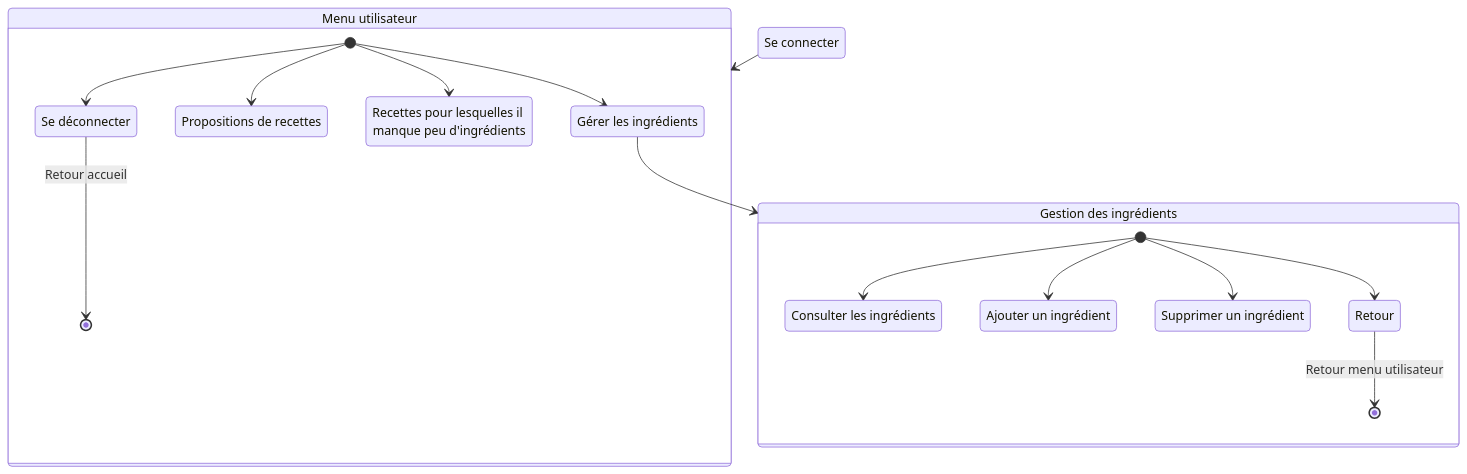
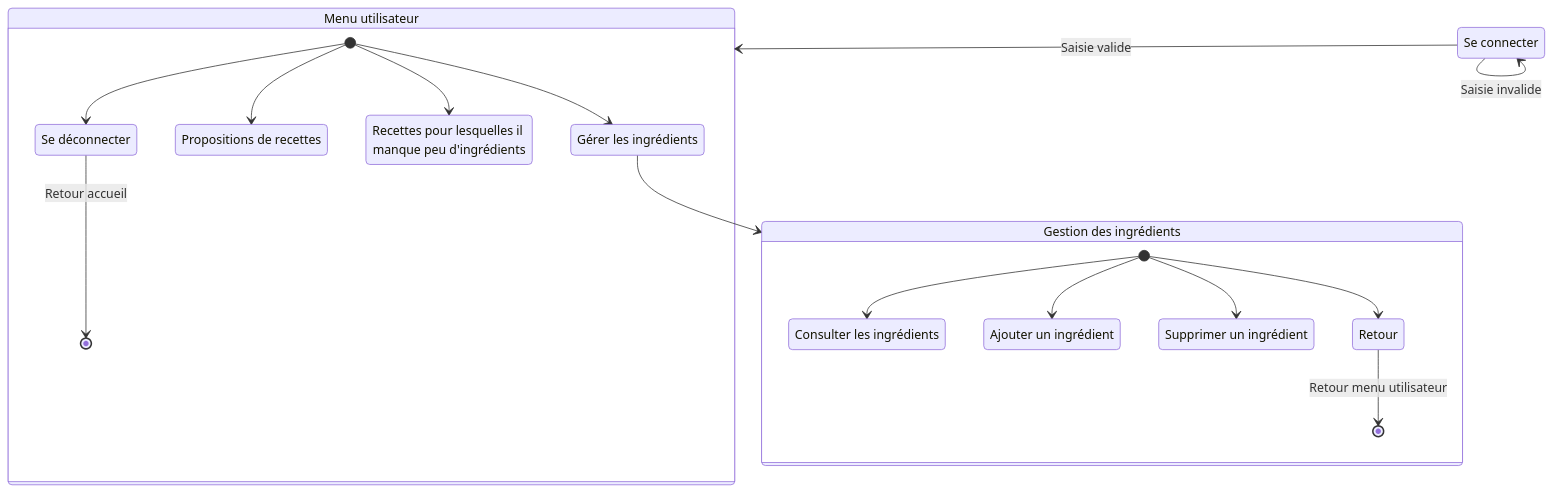
Before and after one commit to bbrunel/ENSAI-2A-projet-info: the second of 2 diagrams in doc/diag_activites.md, drawn with Mermaid.

Commit message:
saisie valide invalide 2e diag act

````diff
--- a/doc/diag_activites.md
+++ b/doc/diag_activites.md
@@ -79,34 +79,35 @@
 ```mermaid
 stateDiagram
     login : Se connecter
     menu_utilisateur : Menu utilisateur
     menu_ingr : Gestion des ingrédients
     gerer_ingr : Gérer les ingrédients
     Consulter_les_ingrédients : Consulter les ingrédients
     Ajouter_un_ingrédient : Ajouter un ingrédient
     Supprimer_un_ingrédient : Supprimer un ingrédient
     recettes : Propositions de recettes
     rec_ingr_manquant : Recettes pour lesquelles il manque peu d'ingrédients
     logout : Se déconnecter
     
-    login --> menu_utilisateur
+    login --> menu_utilisateur: Saisie valide
+    login --> login: Saisie invalide
 
     state menu_utilisateur {
     	[*] --> gerer_ingr
       [*] --> recettes
       [*] --> rec_ingr_manquant
     	[*] --> logout
       logout --> [*]:Retour accueil
     }
 
   gerer_ingr --> menu_ingr
 
     state menu_ingr {
       [*] --> Consulter_les_ingrédients
       [*] --> Ajouter_un_ingrédient
       [*] --> Supprimer_un_ingrédient
       [*] --> Retour
       Retour --> [*]: Retour menu utilisateur
         
     }
 ```
````
